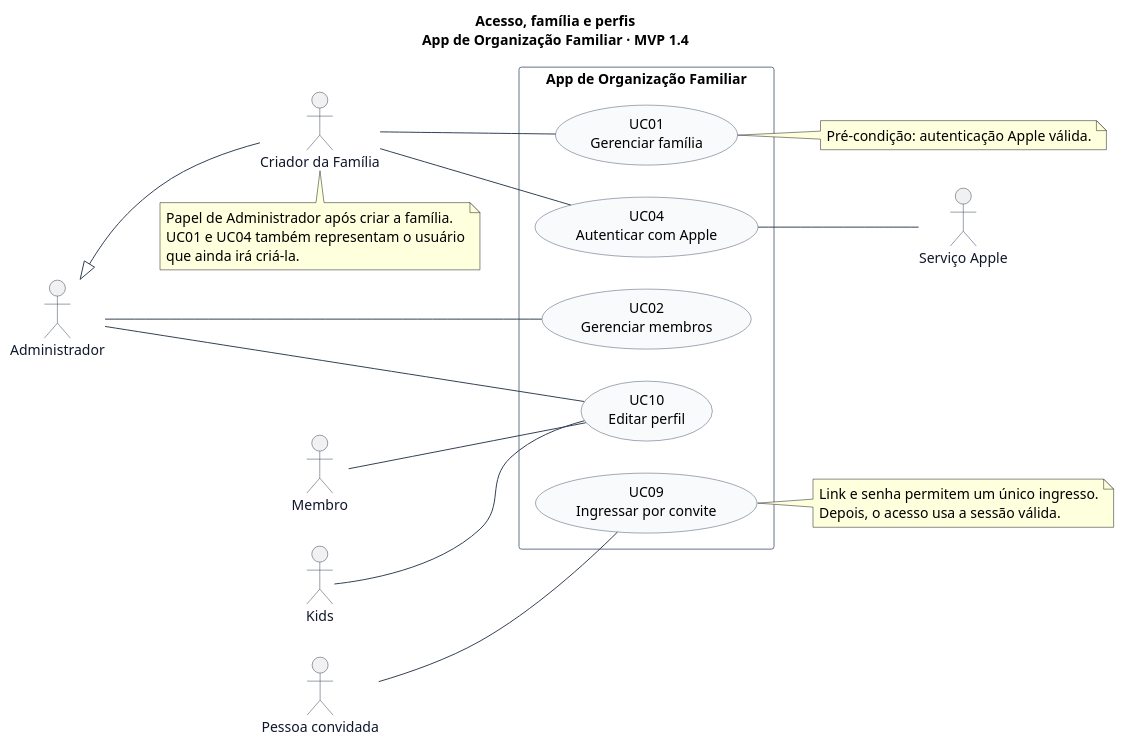
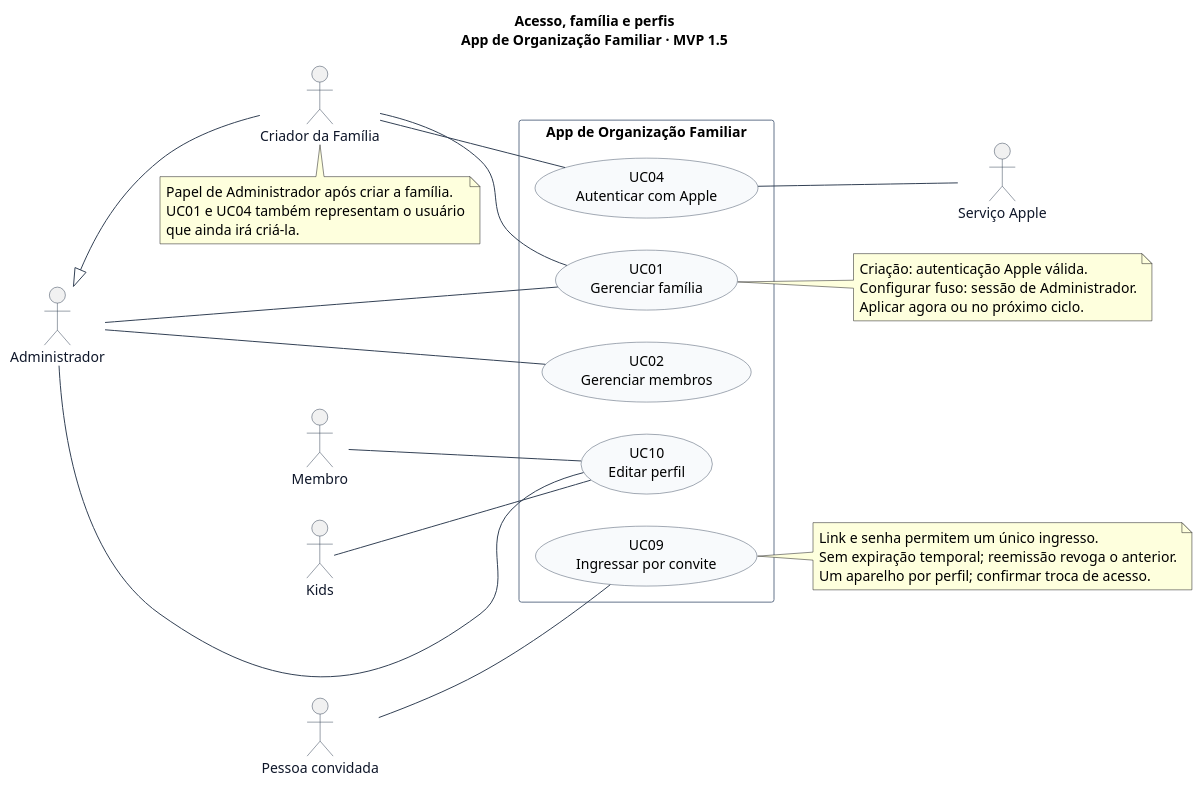
Before and after one commit to lizandramalta/App-Rotina-Familiar: the diagram in docs/diagramas/casos-de-uso/02-acesso-familia-perfis.puml, drawn with PlantUML. The commit also changed 25 other files, not shown here.

```diff
--- a/docs/diagramas/casos-de-uso/02-acesso-familia-perfis.puml
+++ b/docs/diagramas/casos-de-uso/02-acesso-familia-perfis.puml
@@ -1,56 +1,60 @@
 @startuml
 ' Fonte editável. Renderização: java -jar plantuml.jar -charset UTF-8 -tsvg *.puml
 left to right direction
 skinparam shadowing false
 skinparam backgroundColor white
 skinparam defaultFontName SansSerif
 skinparam defaultFontSize 14
 skinparam ArrowColor #334155
 skinparam actorBorderColor #334155
 skinparam actorFontColor #0F172A
 skinparam usecaseBackgroundColor #F8FAFC
 skinparam usecaseBorderColor #475569
 skinparam rectangleBorderColor #64748B
 skinparam packageStyle rectangle
 skinparam nodesep 32
 skinparam ranksep 55
-title Acesso, família e perfis\nApp de Organização Familiar · MVP 1.4
+title Acesso, família e perfis\nApp de Organização Familiar · MVP 1.5
 
 actor "Administrador" as Admin
 actor "Membro" as Membro
 actor "Kids" as Kids
 actor "Criador da Família" as Criador
 actor "Pessoa convidada" as Convidado
 actor "Serviço Apple" as Apple
 
 rectangle "App de Organização Familiar" {
   usecase "UC01\nGerenciar família" as UC01
   usecase "UC02\nGerenciar membros" as UC02
   usecase "UC04\nAutenticar com Apple" as UC04
   usecase "UC09\nIngressar por convite" as UC09
   usecase "UC10\nEditar perfil" as UC10
 }
 
+Admin -- UC01
 Admin -- UC02
 Admin -- UC10
 Membro -- UC10
 Kids -- UC10
 Criador -- UC01
 Criador -- UC04
 Convidado -- UC09
 UC04 -- Apple
 Criador -up-|> Admin
 note bottom of Criador
   Papel de Administrador após criar a família.
   UC01 e UC04 também representam o usuário
   que ainda irá criá-la.
 end note
 note right of UC01
-  Pré-condição: autenticação Apple válida.
+  Criação: autenticação Apple válida.
+  Configurar fuso: sessão de Administrador.
+  Aplicar agora ou no próximo ciclo.
 end note
 note right of UC09
   Link e senha permitem um único ingresso.
-  Depois, o acesso usa a sessão válida.
+  Sem expiração temporal; reemissão revoga o anterior.
+  Um aparelho por perfil; confirmar troca de acesso.
 end note
 
 @enduml
```
